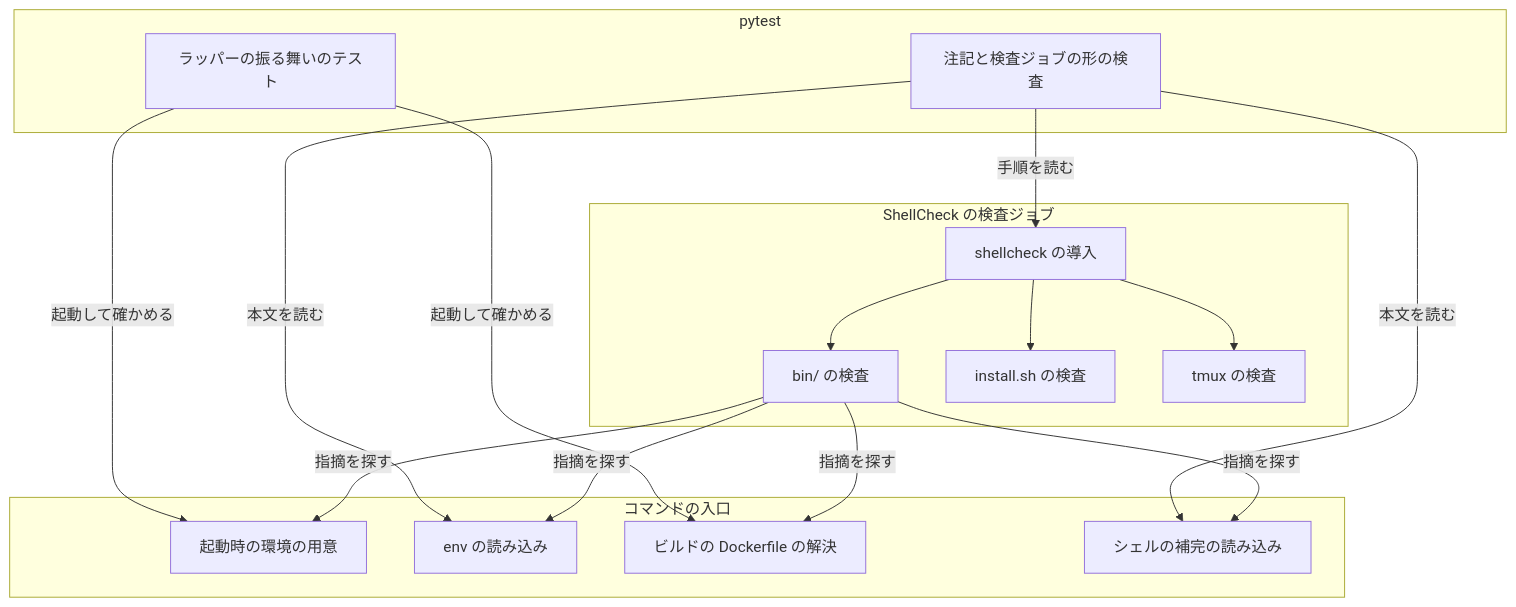
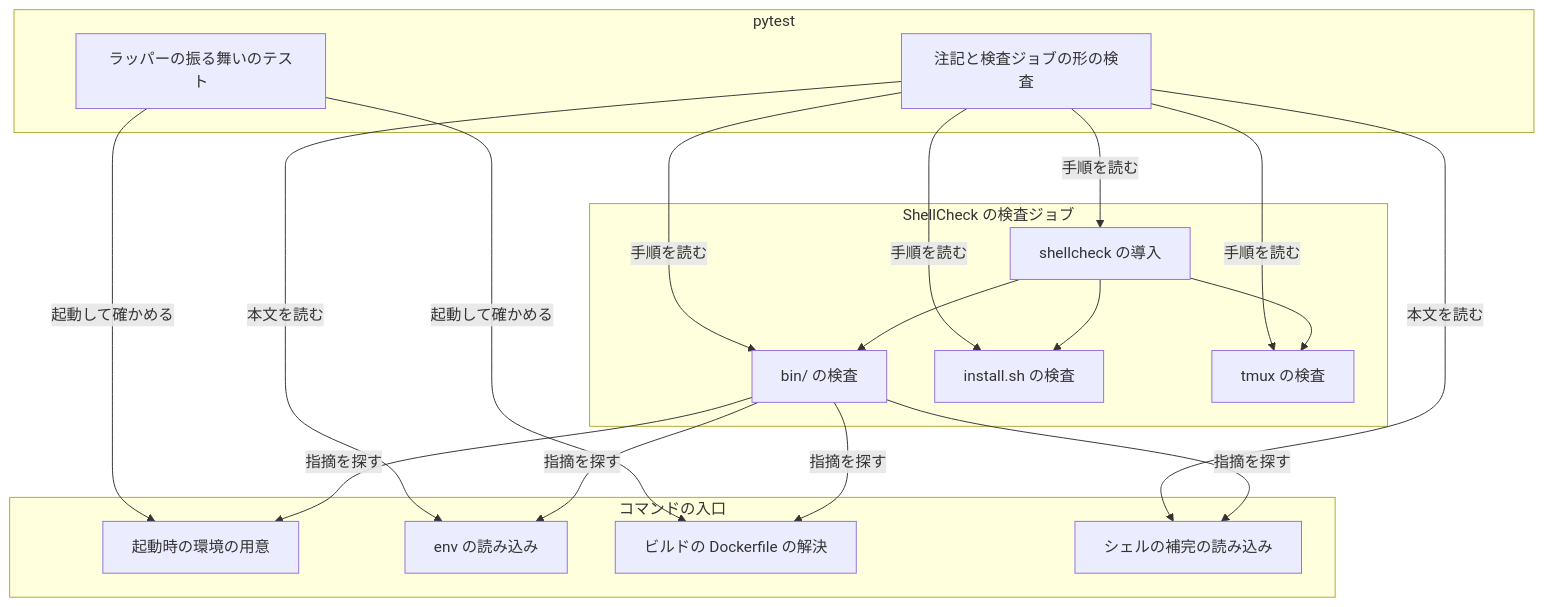
One commit to devbasex/devbase changed the first of 4 diagrams in issues/issue-247-design.md. Above: the diagram before and after it, drawn with Mermaid. The commit also changed other lines of this file, not shown here.

Commit message:
設計(#247): 版の確認の手順を YAML のブロックスカラーにし、I4a の失敗の手順・処理の流れの前置き・構成要素図・用語集の行を揃える

````diff
--- a/issues/issue-247-design.md
+++ b/issues/issue-247-design.md
@@ -147,24 +147,24 @@
 ```mermaid
 graph TD
     subgraph cli[コマンドの入口]
         ENV[起動時の環境の用意]
         LOAD[env の読み込み]
         BUILD[ビルドの Dockerfile の解決]
         RC[シェルの補完の読み込み]
     end
     subgraph ci[ShellCheck の検査ジョブ]
         INST[shellcheck の導入]
         BIN[bin/ の検査]
         INS[install.sh の検査]
         TMUX[tmux の検査]
     end
     subgraph tests[pytest]
         TW[ラッパーの振る舞いのテスト]
         TJ[注記と検査ジョブの形の検査]
     end
     INST --> BIN & INS & TMUX
     BIN -->|指摘を探す| ENV & LOAD & BUILD & RC
     TW -->|起動して確かめる| ENV & BUILD
     TJ -->|本文を読む| LOAD & RC
-    TJ -->|手順を読む| INST
+    TJ -->|手順を読む| INST & BIN & INS & TMUX
 ```
````
